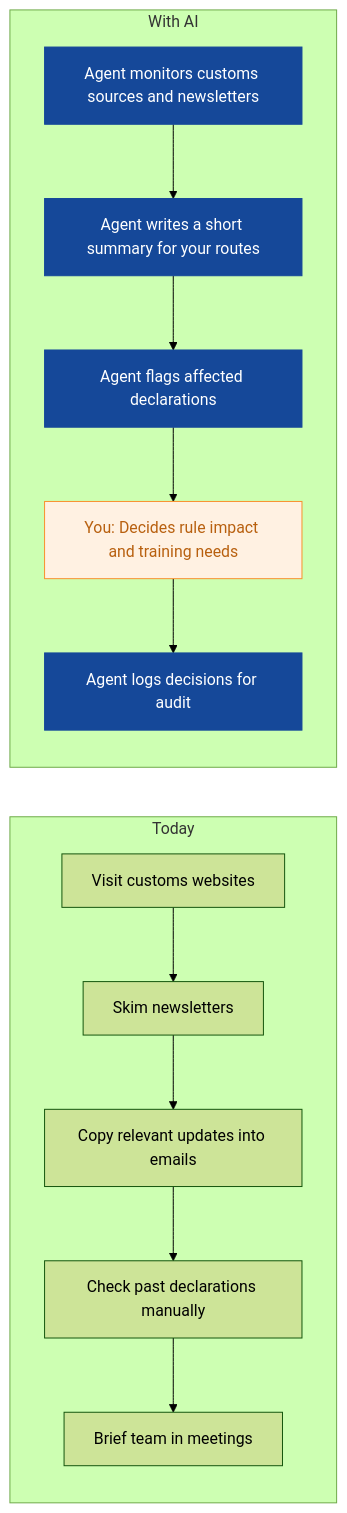
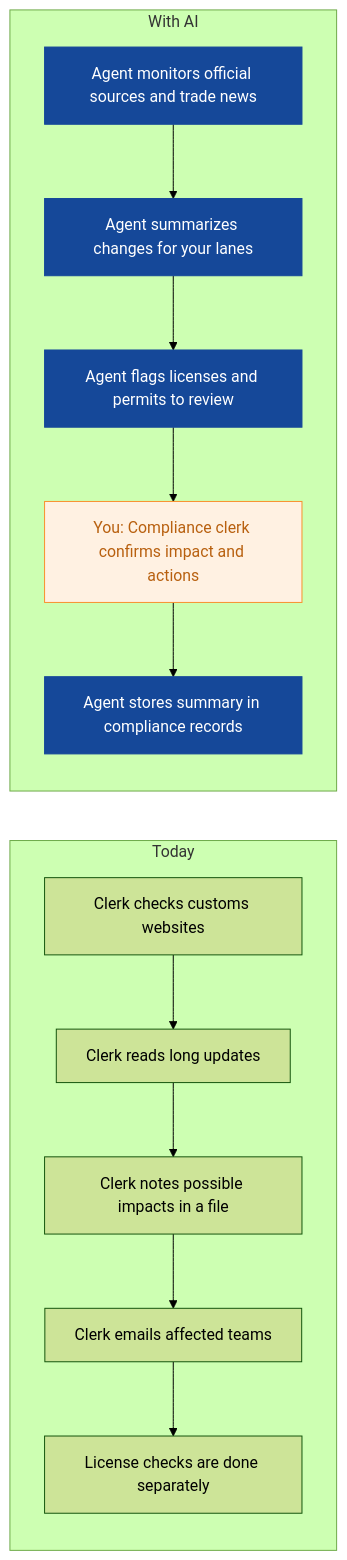
The ninth of 9 diagrams in strategies/harborline-freight.md (nexibeo/Complete-AI-Strategy), drawn with Mermaid (forest theme) before and after one commit. The commit also changed other lines of this file and 26 other files, not shown here.

````diff
--- a/strategies/harborline-freight.md
+++ b/strategies/harborline-freight.md
@@ -251,23 +285,23 @@
 ```mermaid
 flowchart LR
   subgraph Today
-    B0["Visit customs websites"]
-    B1["Skim newsletters"]
-    B2["Copy relevant updates into emails"]
-    B3["Check past declarations manually"]
-    B4["Brief team in meetings"]
+    B0["Clerk checks customs websites"]
+    B1["Clerk reads long updates"]
+    B2["Clerk notes possible impacts in a file"]
+    B3["Clerk emails affected teams"]
+    B4["License checks are done separately"]
     B0 --> B1 --> B2 --> B3 --> B4
   end
   subgraph WithAI[With AI]
-    A0["Agent monitors customs sources and newsletters"]
-    A1["Agent writes a short summary for your routes"]
-    A2["Agent flags affected declarations"]
-    A3["You: Decides rule impact and training needs"]
-    A4["Agent logs decisions for audit"]
+    A0["Agent monitors official sources and trade news"]
+    A1["Agent summarizes changes for your lanes"]
+    A2["Agent flags licenses and permits to review"]
+    A3["You: Compliance clerk confirms impact and actions"]
+    A4["Agent stores summary in compliance records"]
     A0 --> A1 --> A2 --> A3 --> A4
   end
   classDef ai fill:#154899,color:#fff,stroke:#154899
   classDef human fill:#FFF1E2,color:#B8600F,stroke:#F98F2C
   class A0,A1,A2,A4 ai
   class A3 human
 ```
````
